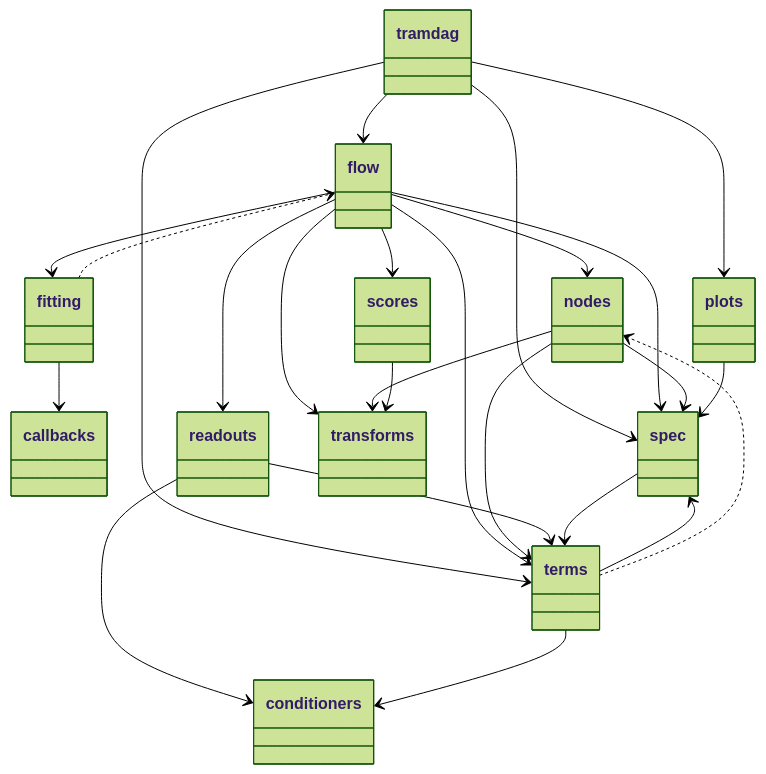
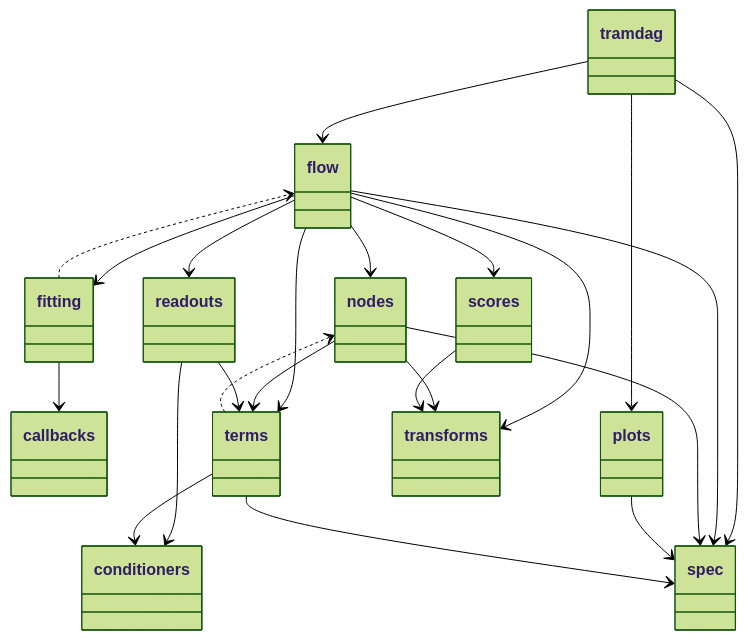
One commit to tensorchiefs/tramdag changed the third of 6 diagrams in docs/architecture.md. Above: the diagram before and after it, drawn with Mermaid (forest theme). The commit also changed other lines of this file and 13 other files, not shown here.

````diff
--- a/docs/architecture.md
+++ b/docs/architecture.md
@@ -125,51 +138,49 @@
 ```mermaid
 classDiagram
   class tramdag {
   }
   class callbacks {
   }
   class conditioners {
   }
   class fitting {
   }
   class flow {
   }
   class nodes {
   }
   class plots {
   }
   class readouts {
   }
   class scores {
   }
   class spec {
   }
   class terms {
   }
   class transforms {
   }
   tramdag --> flow
   tramdag --> plots
   tramdag --> spec
-  tramdag --> terms
   fitting --> callbacks
   flow --> fitting
   flow --> nodes
   flow --> readouts
   flow --> scores
   flow --> spec
   flow --> terms
   flow --> transforms
   nodes --> spec
   nodes --> terms
   nodes --> transforms
   plots --> spec
   readouts --> conditioners
   readouts --> terms
   scores --> transforms
-  spec --> terms
   terms --> conditioners
   terms --> spec
   fitting ..> flow
   terms ..> nodes
 ```
````
